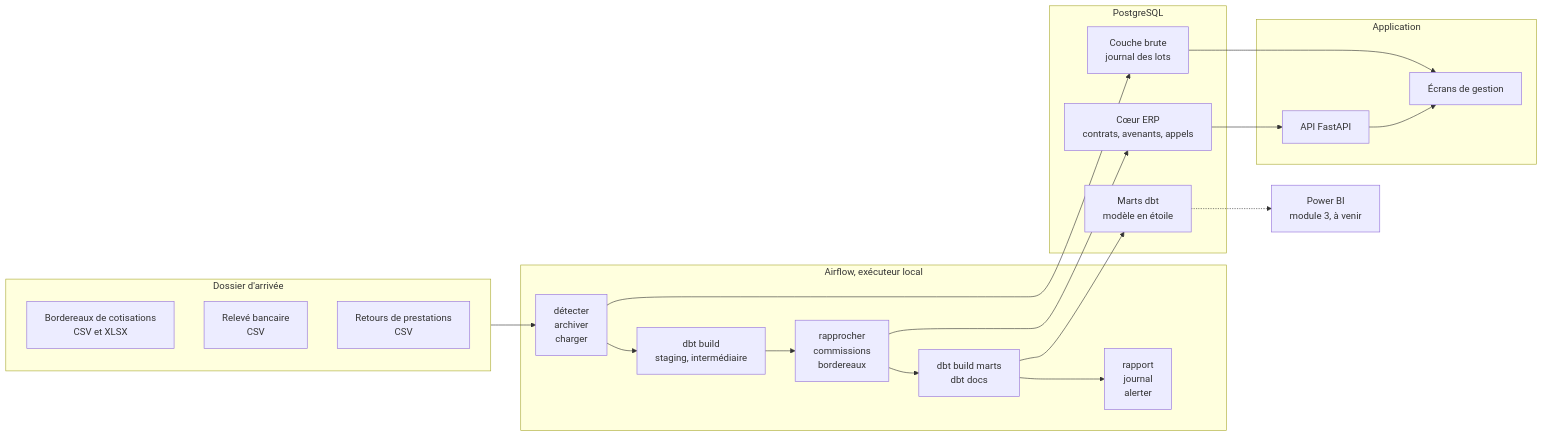
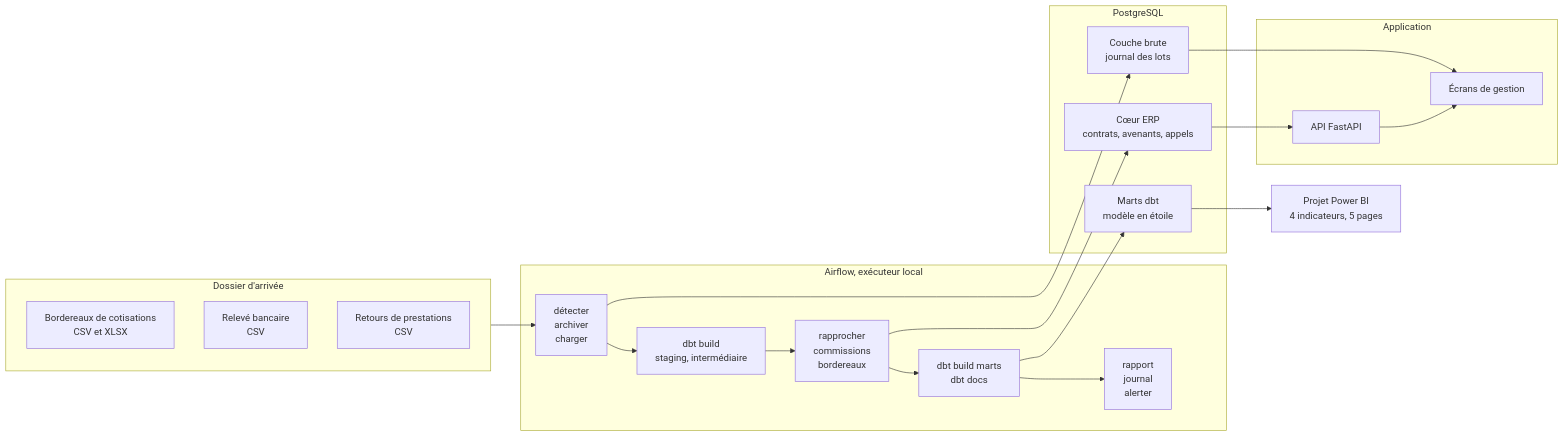
Before and after one commit to yzasmin/courtage-erp: the diagram in README.md, drawn with Mermaid. The commit also changed other lines of this file and 6 other files, not shown here.

````diff
--- a/README.md
+++ b/README.md
@@ -16,36 +16,36 @@
 ```mermaid
 flowchart LR
     subgraph arrivee["Dossier d'arrivée"]
         F1["Bordereaux de cotisations<br/>CSV et XLSX"]
         F2["Relevé bancaire<br/>CSV"]
         F3["Retours de prestations<br/>CSV"]
     end
 
     subgraph airflow["Airflow, exécuteur local"]
         T1["détecter<br/>archiver<br/>charger"]
         T2["dbt build<br/>staging, intermédiaire"]
         T3["rapprocher<br/>commissions<br/>bordereaux"]
         T4["dbt build marts<br/>dbt docs"]
         T5["rapport<br/>journal<br/>alerter"]
     end
 
     subgraph pg["PostgreSQL"]
         B1["Couche brute<br/>journal des lots"]
         B2["Cœur ERP<br/>contrats, avenants, appels"]
         B3["Marts dbt<br/>modèle en étoile"]
     end
 
     subgraph erp["Application"]
         A1["API FastAPI"]
         A2["Écrans de gestion"]
     end
 
     arrivee --> T1 --> B1
     T1 --> T2 --> T3
     T3 --> B2
     T3 --> T4 --> B3
     T4 --> T5
     B2 --> A1 --> A2
     B1 --> A2
-    B3 -.-> P["Power BI<br/>module 3, à venir"]
+    B3 --> P["Projet Power BI<br/>4 indicateurs, 5 pages"]
 ```
````
